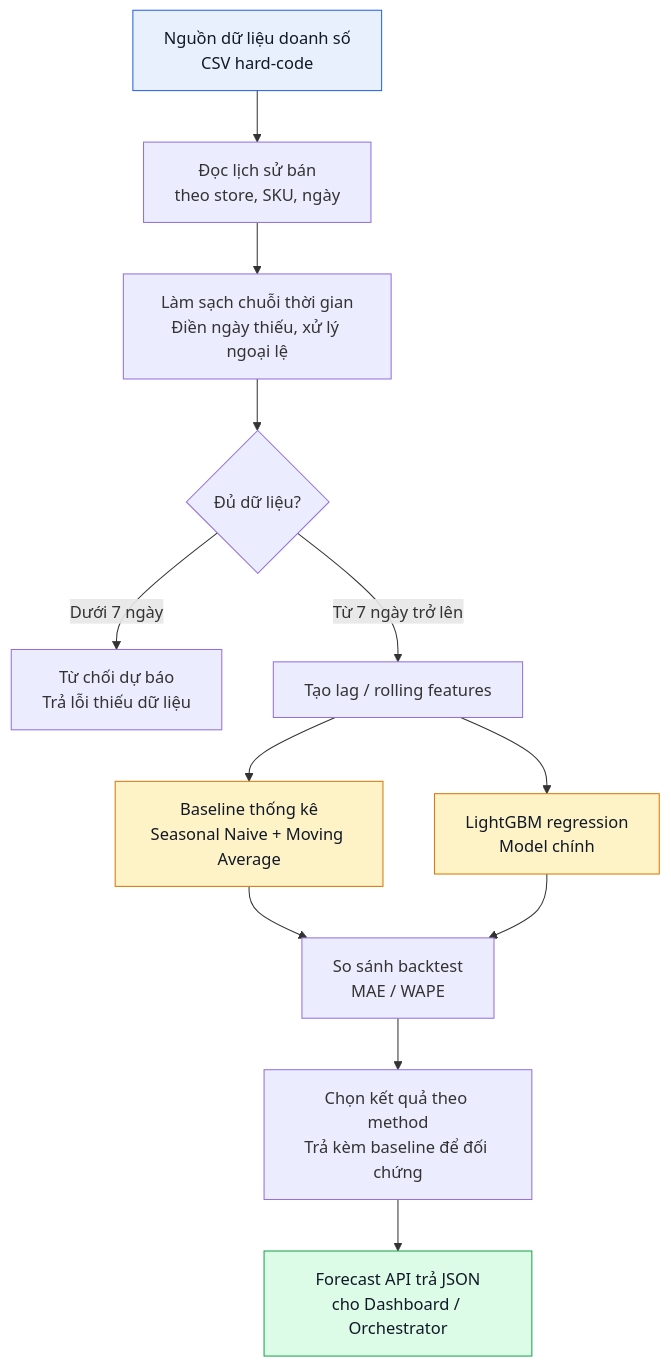
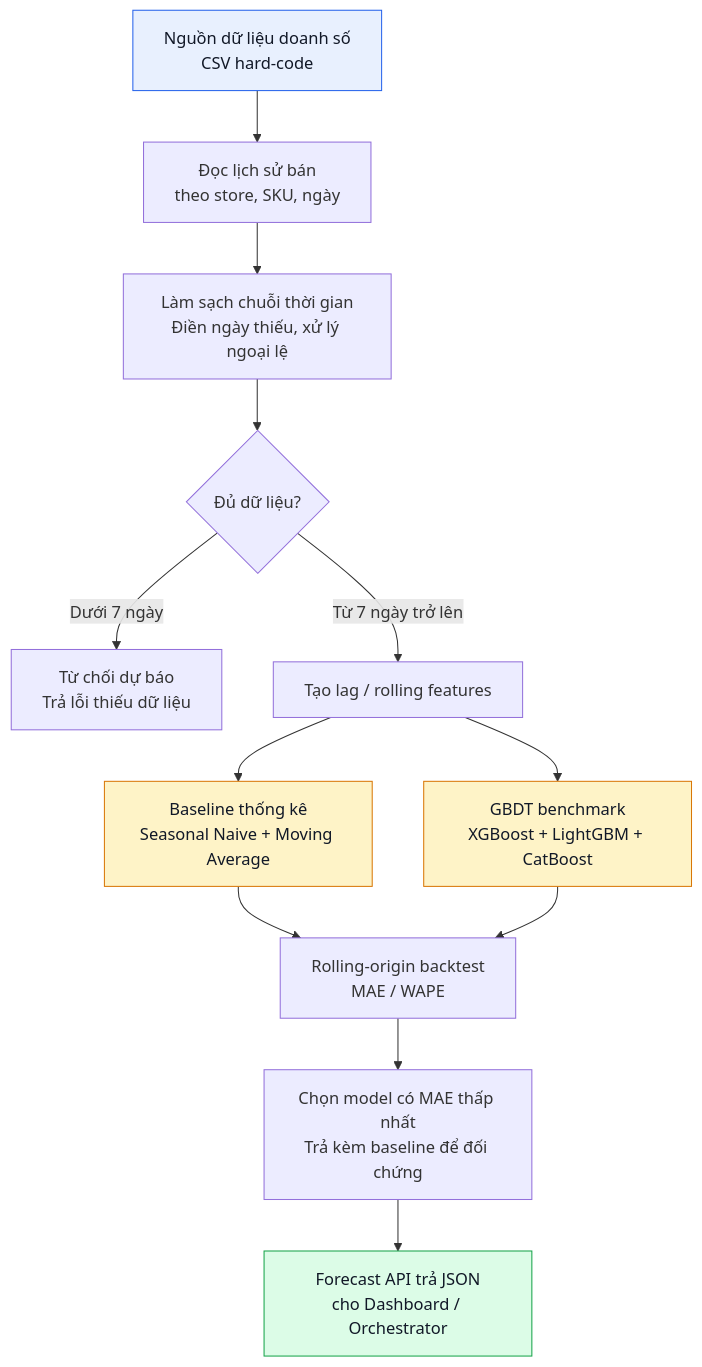
Before and after one commit to phulee9/datn: the first of 3 diagrams in Forecast_Flow.md, drawn with Mermaid. The commit also changed other lines of this file and 2 other files, not shown here.

Commit message:
update benmark model forecast

````diff
--- a/Forecast_Flow.md
+++ b/Forecast_Flow.md
@@ -62,19 +62,19 @@
 ```mermaid
 flowchart TD
     A["Nguồn dữ liệu doanh số\nCSV hard-code"] --> B["Đọc lịch sử bán\ntheo store, SKU, ngày"]
     B --> C["Làm sạch chuỗi thời gian\nĐiền ngày thiếu, xử lý ngoại lệ"]
     C --> D{"Đủ dữ liệu?"}
     D -- "Dưới 7 ngày" --> E["Từ chối dự báo\nTrả lỗi thiếu dữ liệu"]
     D -- "Từ 7 ngày trở lên" --> F["Tạo lag / rolling features"]
     F --> G["Baseline thống kê\nSeasonal Naive + Moving Average"]
-    F --> H["LightGBM regression\nModel chính"]
-    G --> I["So sánh backtest\nMAE / WAPE"]
+    F --> H["GBDT benchmark\nXGBoost + LightGBM + CatBoost"]
+    G --> I["Rolling-origin backtest\nMAE / WAPE"]
     H --> I
-    I --> J["Chọn kết quả theo method\nTrả kèm baseline để đối chứng"]
+    I --> J["Chọn model có MAE thấp nhất\nTrả kèm baseline để đối chứng"]
     J --> K["Forecast API trả JSON\ncho Dashboard / Orchestrator"]
 
     style A fill:#E8F0FE,stroke:#2563EB,color:#111827
     style G fill:#FEF3C7,stroke:#D97706,color:#111827
     style H fill:#FEF3C7,stroke:#D97706,color:#111827
     style K fill:#DCFCE7,stroke:#16A34A,color:#111827
 ```
````
